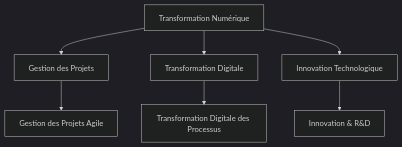
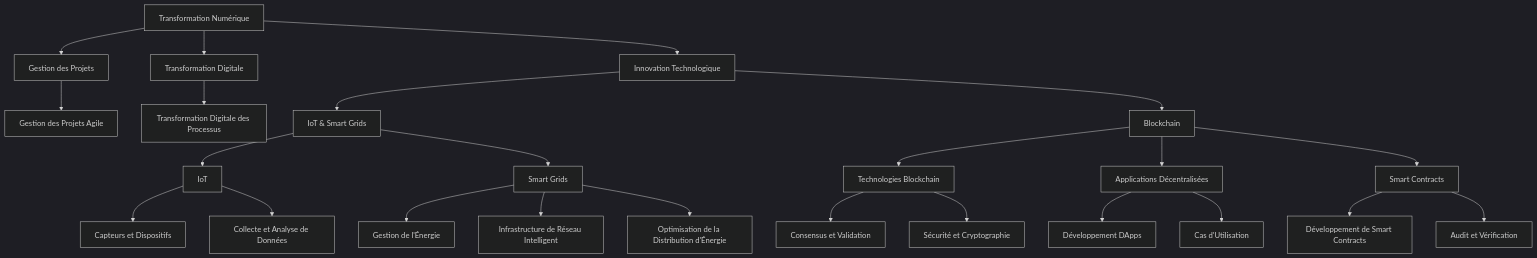
Before and after one commit to sanogotech/preparationCertificationCCNA: the sixth of 6 diagrams in MetiersArchitectesSI/SchemaArchitectureSystemeInformation.md, drawn with Mermaid (dark theme). The commit also changed other lines of this file, not shown here.

````diff
--- a/MetiersArchitectesSI/SchemaArchitectureSystemeInformation.md
+++ b/MetiersArchitectesSI/SchemaArchitectureSystemeInformation.md
@@ -194,15 +330,46 @@
 ```mermaid
 graph TD
     G[Transformation Numérique] --> G1[Gestion des Projets]
     G --> G2[Transformation Digitale]
-    G --> G3[Innovation Technologique]
+    G --> H[Innovation Technologique]
 
     %% Gestion des Projets
     G1 --> G1a[Gestion des Projets Agile]
 
     %% Transformation Digitale
     G2 --> G2a[Transformation Digitale des Processus]
 
     %% Innovation Technologique
-    G3 --> G3a[Innovation & R&D]
+    H --> H1[IoT & Smart Grids]
+    H --> H2[Blockchain]
+
+    %% IoT & Smart Grids
+    H1 --> H1a[IoT]
+    H1 --> H1b[Smart Grids]
+
+    %% IoT
+    H1a --> H1a1[Capteurs et Dispositifs]
+    H1a --> H1a2[Collecte et Analyse de Données]
+
+    %% Smart Grids
+    H1b --> H1b1[Gestion de l'Énergie]
+    H1b --> H1b2[Infrastructure de Réseau Intelligent]
+    H1b --> H1b3[Optimisation de la Distribution d'Énergie]
+
+    %% Blockchain
+    H2 --> H2a[Technologies Blockchain]
+    H2 --> H2b[Applications Décentralisées]
+    H2 --> H2c[Smart Contracts]
+
+    %% Technologies Blockchain
+    H2a --> H2a1[Consensus et Validation]
+    H2a --> H2a2[Sécurité et Cryptographie]
+
+    %% Applications Décentralisées
+    H2b --> H2b1[Développement DApps]
+    H2b --> H2b2[Cas d'Utilisation]
+
+    %% Smart Contracts
+    H2c --> H2c1[Développement de Smart Contracts]
+    H2c --> H2c2[Audit et Vérification]
 ```
````
